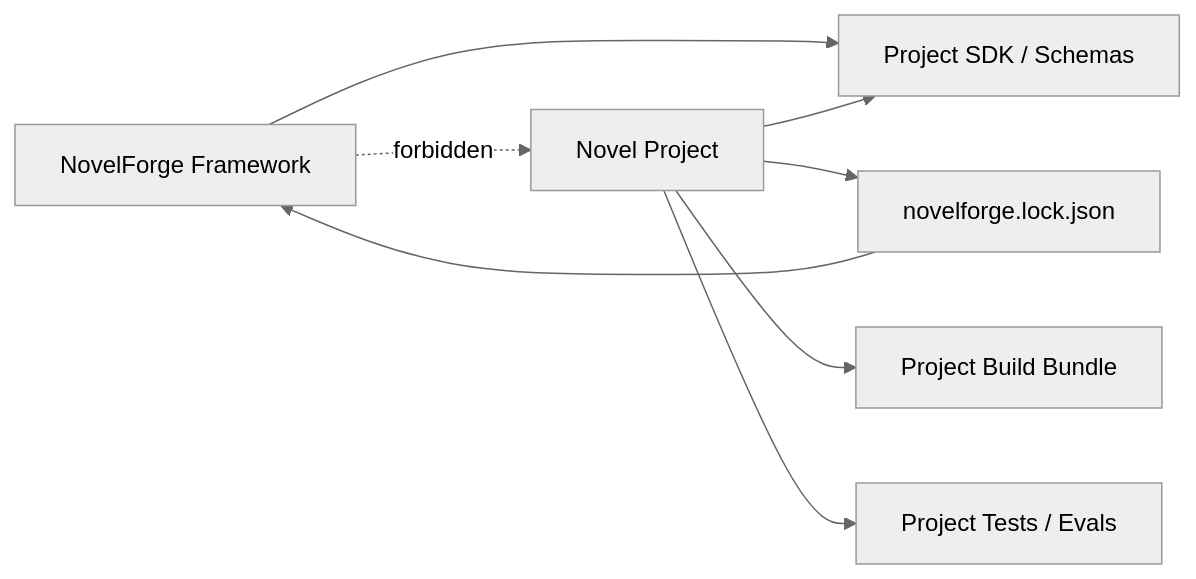
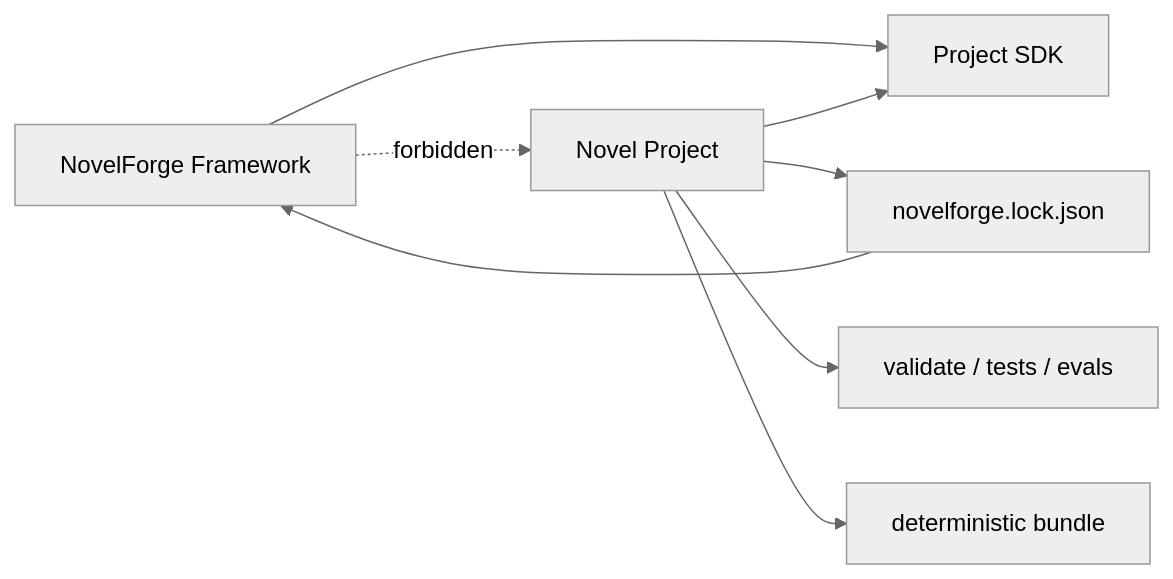
Before and after one commit to xiaooye/Quillframe: the diagram in docs/project-sdk.en.md, drawn with Mermaid (neutral theme). The commit also changed other lines of this file, not shown here.

Commit message:
docs(project-sdk): align v7 project contract with executable manifest

````diff
--- a/docs/project-sdk.en.md
+++ b/docs/project-sdk.en.md
@@ -21,10 +9,10 @@
 ```mermaid
 flowchart LR
-    NF[NovelForge Framework] --> SDK[Project SDK / Schemas]
+    F[NovelForge Framework] --> SDK[Project SDK]
     P[Novel Project] --> SDK
     P --> LOCK[novelforge.lock.json]
-    LOCK --> NF
-    P --> BUILD[Project Build Bundle]
-    P --> TEST[Project Tests / Evals]
-    NF -. forbidden .-> P
+    LOCK --> F
+    P --> TEST[validate / tests / evals]
+    P --> BUILD[deterministic bundle]
+    F -. forbidden .-> P
 ```
````
